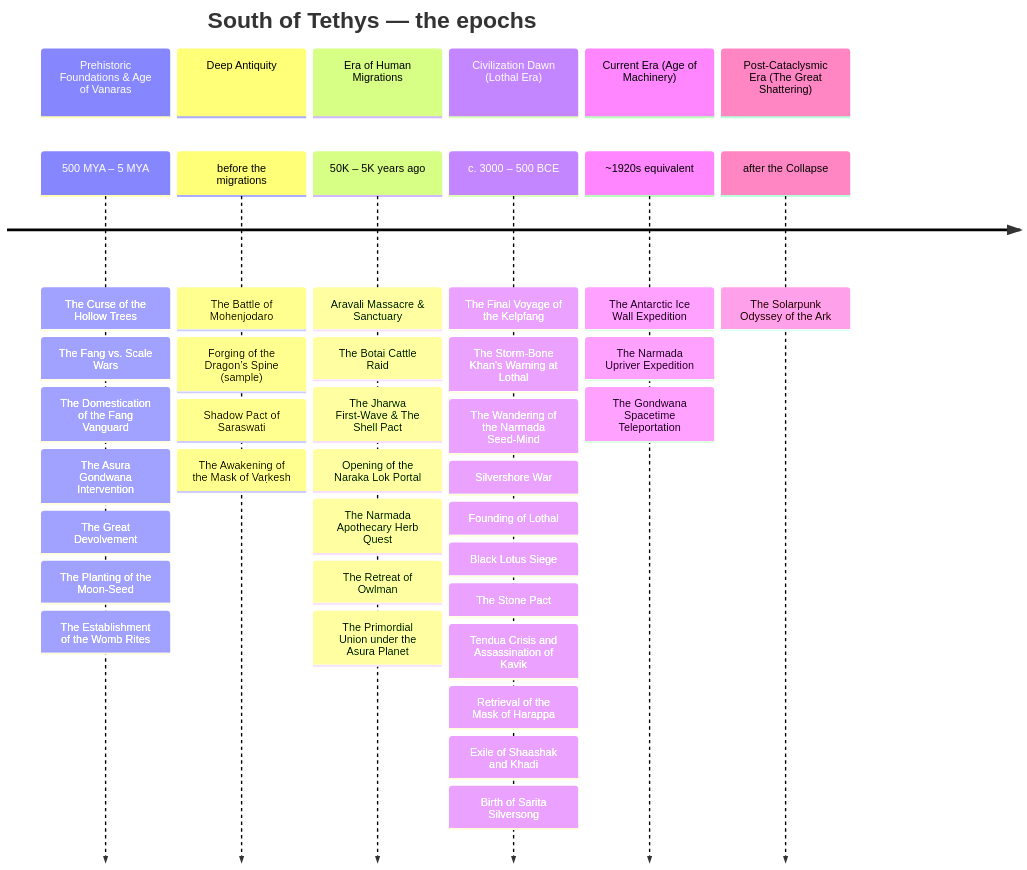
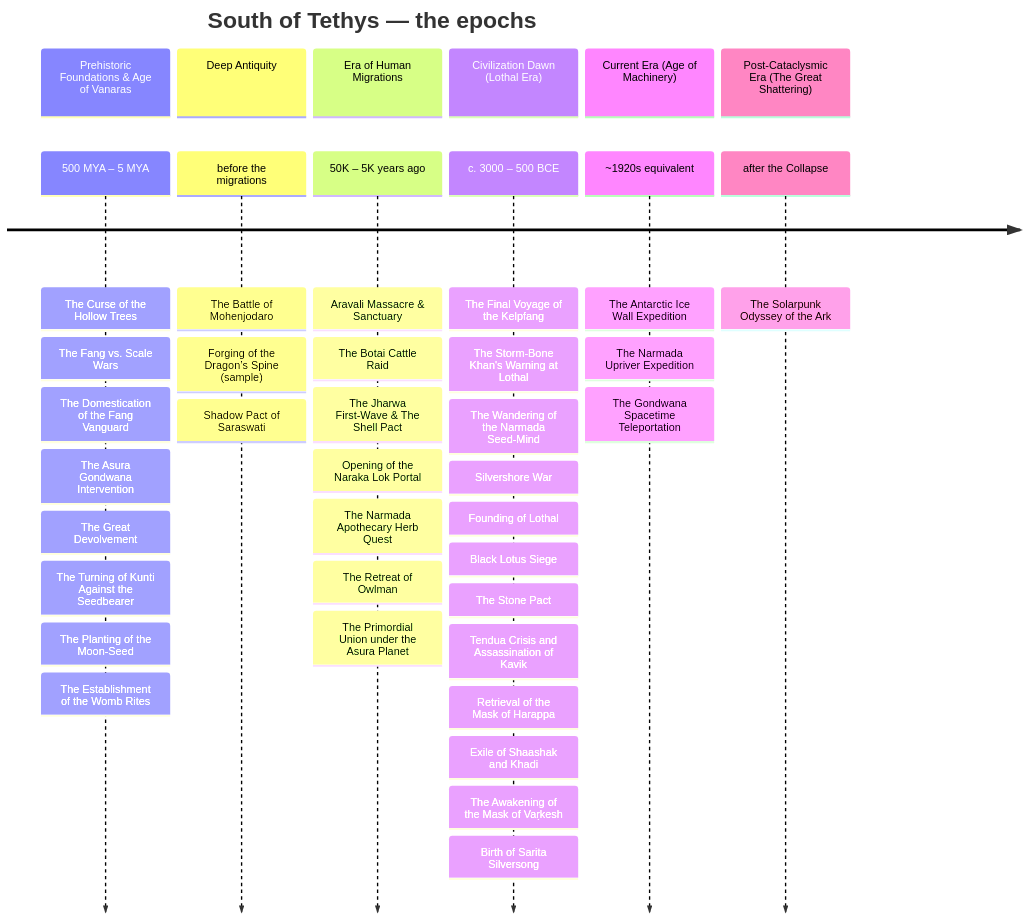
Before and after one commit to lordlebu/SouthOfTethys: the first of 2 diagrams in docs/timeline_mermaid.md, drawn with Mermaid. The commit also changed other lines of this file and 14 other files, not shown here.

First line of the commit message:
Move the Mask after Kavik dies, and put the missing cast back in the room

````diff
--- a/docs/timeline_mermaid.md
+++ b/docs/timeline_mermaid.md
@@ -9,16 +9,16 @@
 ```mermaid
 timeline
     title South of Tethys — the epochs
     section Prehistoric Foundations & Age of Vanaras
-        500 MYA – 5 MYA : The Curse of the Hollow Trees : The Fang vs. Scale Wars : The Domestication of the Fang Vanguard : The Asura Gondwana Intervention : The Great Devolvement : The Planting of the Moon-Seed : The Establishment of the Womb Rites
+        500 MYA – 5 MYA : The Curse of the Hollow Trees : The Fang vs. Scale Wars : The Domestication of the Fang Vanguard : The Asura Gondwana Intervention : The Great Devolvement : The Turning of Kunti Against the Seedbearer : The Planting of the Moon-Seed : The Establishment of the Womb Rites
     section Deep Antiquity
-        before the migrations : The Battle of Mohenjodaro : Forging of the Dragon’s Spine (sample) : Shadow Pact of Saraswati : The Awakening of the Mask of Vaṛkesh
+        before the migrations : The Battle of Mohenjodaro : Forging of the Dragon’s Spine (sample) : Shadow Pact of Saraswati
     section Era of Human Migrations
         50K – 5K years ago : Aravali Massacre & Sanctuary : The Botai Cattle Raid : The Jharwa First-Wave & The Shell Pact : Opening of the Naraka Lok Portal : The Narmada Apothecary Herb Quest : The Retreat of Owlman : The Primordial Union under the Asura Planet
     section Civilization Dawn (Lothal Era)
-        c. 3000 – 500 BCE : The Final Voyage of the Kelpfang : The Storm-Bone Khan's Warning at Lothal : The Wandering of the Narmada Seed-Mind : Silvershore War : Founding of Lothal : Black Lotus Siege : The Stone Pact : Tendua Crisis and Assassination of Kavik : Retrieval of the Mask of Harappa : Exile of Shaashak and Khadi : Birth of Sarita Silversong
+        c. 3000 – 500 BCE : The Final Voyage of the Kelpfang : The Storm-Bone Khan's Warning at Lothal : The Wandering of the Narmada Seed-Mind : Silvershore War : Founding of Lothal : Black Lotus Siege : The Stone Pact : Tendua Crisis and Assassination of Kavik : Retrieval of the Mask of Harappa : Exile of Shaashak and Khadi : The Awakening of the Mask of Vaṛkesh : Birth of Sarita Silversong
     section Current Era (Age of Machinery)
         ~1920s equivalent : The Antarctic Ice Wall Expedition : The Narmada Upriver Expedition : The Gondwana Spacetime Teleportation
     section Post-Cataclysmic Era (The Great Shattering)
         after the Collapse : The Solarpunk Odyssey of the Ark
 ```
````
